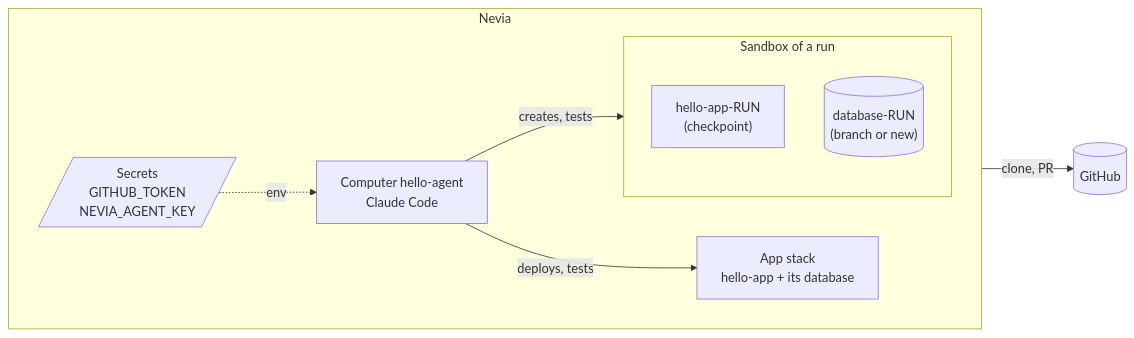
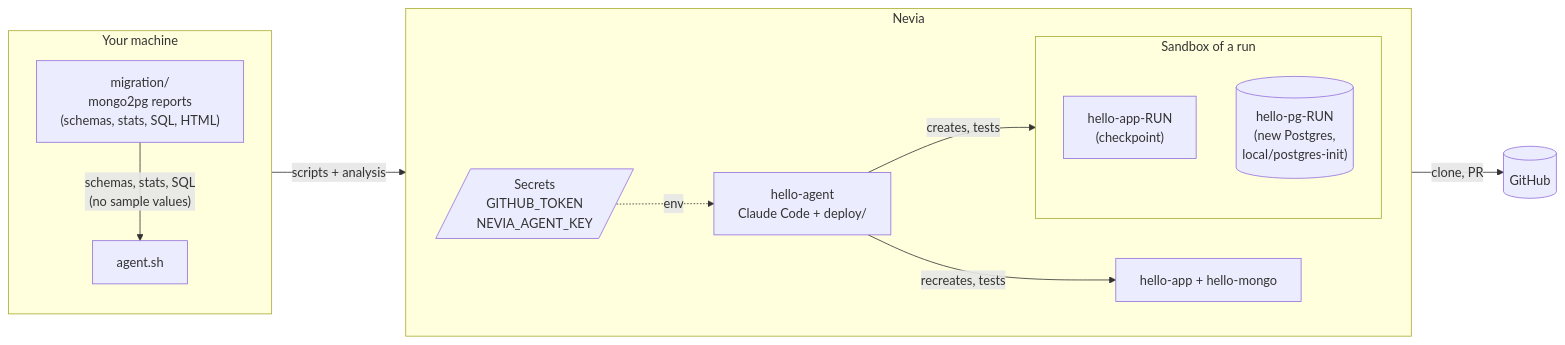
Before and after one commit to bertrandcedric/nevia-agent: the first of 2 diagrams in README.md, drawn with Mermaid. The commit also changed other lines of this file and 8 other files, not shown here.

````diff
--- a/README.md
+++ b/README.md
@@ -7,20 +7,28 @@
 ```mermaid
 flowchart LR
     github[("GitHub")]
 
+    subgraph local["Your machine"]
+        direction TB
+        cli["agent.sh"]
+        m2p["migration/<br/>mongo2pg reports<br/>(schemas, stats, SQL, HTML)"]
+    end
+
     subgraph nevia["Nevia"]
         direction LR
-        agent["Computer hello-agent<br/>Claude Code"]
+        agent["hello-agent<br/>Claude Code + deploy/"]
         secrets[/"Secrets<br/>GITHUB_TOKEN<br/>NEVIA_AGENT_KEY"/]
-        base["App stack<br/>hello-app + its database"]
+        base["hello-app + hello-mongo"]
         subgraph sandbox["Sandbox of a run"]
             sbapp["hello-app-RUN<br/>(checkpoint)"]
-            sbdb[("database-RUN<br/>(branch or new)")]
+            sbdb[("hello-pg-RUN<br/>(new Postgres,<br/>local/postgres-init)")]
         end
     end
 
+    m2p -- "schemas, stats, SQL<br/>(no sample values)" --> cli
+    cli -- "scripts + analysis" --> agent
     secrets -. "env" .-> agent
-    agent -- "deploys, tests" --> base
+    agent -- "recreates, tests" --> base
     agent -- "creates, tests" --> sandbox
     agent -- "clone, PR" --> github
 ```
````
